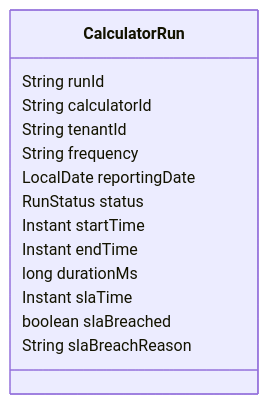
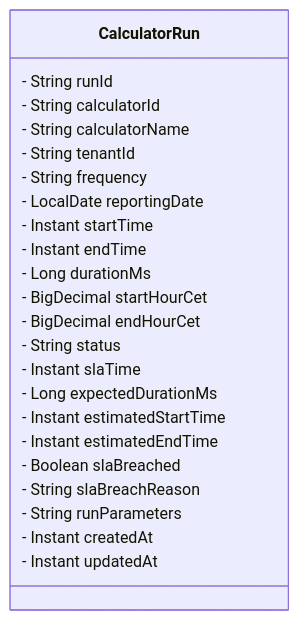
The second of 13 diagrams in tech_spec_gk.md (soopersk/data-service), drawn with Mermaid before and after one commit. The commit also changed other lines of this file, not shown here.

````diff
--- a/tech_spec_gk.md
+++ b/tech_spec_gk.md
@@ -83,17 +73,26 @@
 ```mermaid
-classDiagram
+classDiagram    
     class CalculatorRun {
-        String runId
-        String calculatorId
-        String tenantId
-        String frequency
-        LocalDate reportingDate
-        RunStatus status
-        Instant startTime
-        Instant endTime
-        long durationMs
-        Instant slaTime
-        boolean slaBreached
-        String slaBreachReason
+        - String runId
+        - String calculatorId
+        - String calculatorName
+        - String tenantId
+        - String frequency
+        - LocalDate reportingDate
+        - Instant startTime
+        - Instant endTime
+        - Long durationMs
+        - BigDecimal startHourCet
+        - BigDecimal endHourCet
+        - String status
+        - Instant slaTime
+        - Long expectedDurationMs
+        - Instant estimatedStartTime
+        - Instant estimatedEndTime
+        - Boolean slaBreached
+        - String slaBreachReason
+        - String runParameters
+        - Instant createdAt
+        - Instant updatedAt
     }
 ```
````
